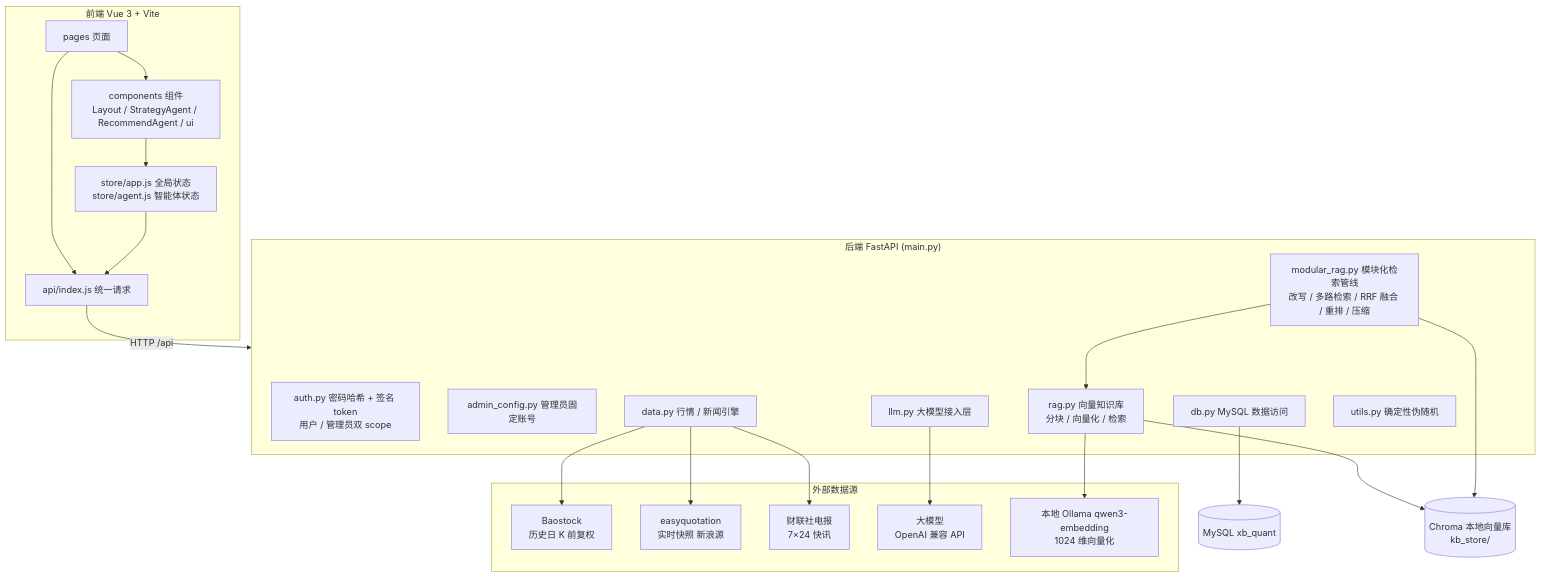
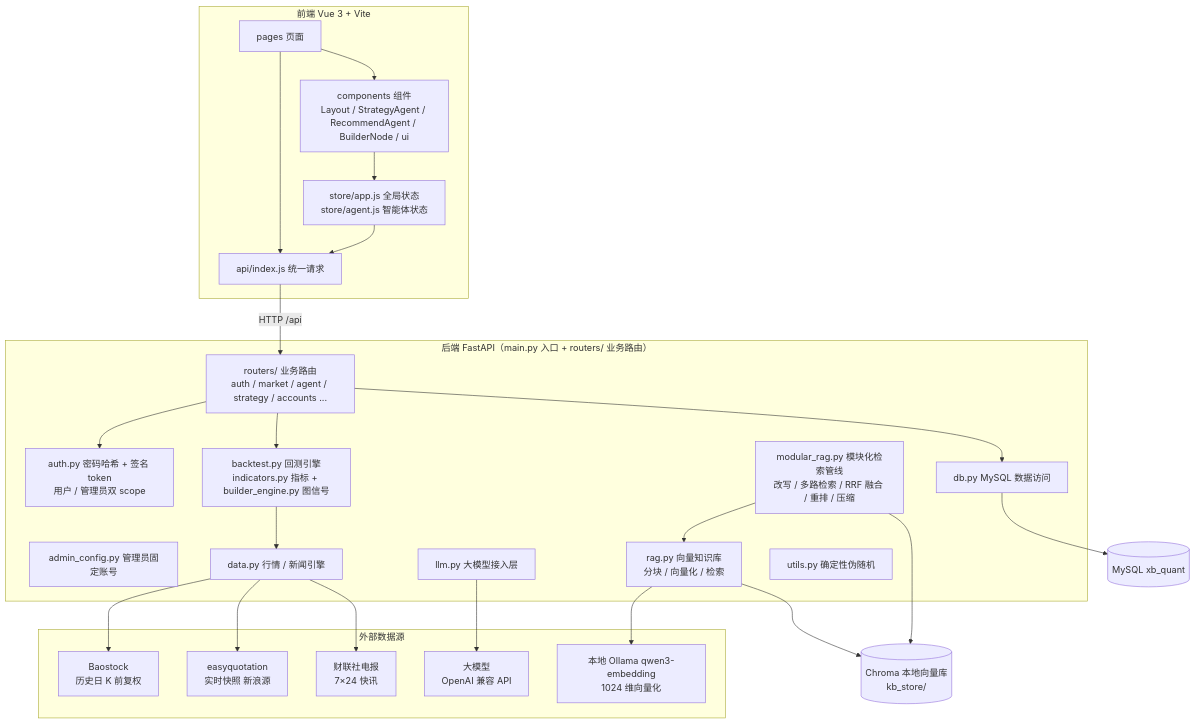
One commit to Song-Yingji/Iktsuarpok changed the first of 12 diagrams in README.md. Above: the diagram before and after it, drawn with Mermaid. The commit also changed other lines of this file and 26 other files, not shown here.

````diff
--- a/README.md
+++ b/README.md
@@ -304,46 +311,52 @@
 ```mermaid
 graph TB
     subgraph FE["前端 Vue 3 + Vite"]
         PAGES[pages 页面]
-        COMP[components 组件<br/>Layout / StrategyAgent / RecommendAgent / ui]
+        COMP[components 组件<br/>Layout / StrategyAgent / RecommendAgent / BuilderNode / ui]
         APIJS[api/index.js 统一请求]
         STORE[store/app.js 全局状态<br/>store/agent.js 智能体状态]
     end
 
-    subgraph BE["后端 FastAPI (main.py)"]
+    subgraph BE["后端 FastAPI（main.py 入口 + routers/ 业务路由）"]
+        ROUTES[routers/ 业务路由<br/>auth / market / agent / strategy / accounts ...]
         AUTH[auth.py 密码哈希 + 签名 token<br/>用户 / 管理员双 scope]
         ADMIN[admin_config.py 管理员固定账号]
+        BACKTEST[backtest.py 回测引擎<br/>indicators.py 指标 + builder_engine.py 图信号]
         LLM[llm.py 大模型接入层]
         RAG[rag.py 向量知识库<br/>分块 / 向量化 / 检索]
         MODRAG[modular_rag.py 模块化检索管线<br/>改写 / 多路检索 / RRF 融合 / 重排 / 压缩]
         DATA[data.py 行情 / 新闻引擎]
         DB[db.py MySQL 数据访问]
         UTIL[utils.py 确定性伪随机]
     end
 
     subgraph SRC["外部数据源"]
         BS[Baostock<br/>历史日 K 前复权]
         EQ[easyquotation<br/>实时快照 新浪源]
         CLS[财联社电报<br/>7×24 快讯]
         LLMS[大模型<br/>OpenAI 兼容 API]
         EMB[本地 Ollama qwen3-embedding<br/>1024 维向量化]
     end
 
     MYSQL[(MySQL xb_quant)]
     CHROMA[(Chroma 本地向量库<br/>kb_store/)]
 
     PAGES --> COMP
     PAGES --> APIJS
     COMP --> STORE
     STORE --> APIJS
-    APIJS -->|HTTP /api| BE
+    APIJS -->|HTTP /api| ROUTES
+    ROUTES --> AUTH
+    ROUTES --> BACKTEST
+    ROUTES --> DB
+    BACKTEST --> DATA
     LLM --> LLMS
     RAG --> EMB
     RAG --> CHROMA
     MODRAG --> RAG
     MODRAG --> CHROMA
     DATA --> BS
     DATA --> EQ
     DATA --> CLS
     DB --> MYSQL
 ```
````
